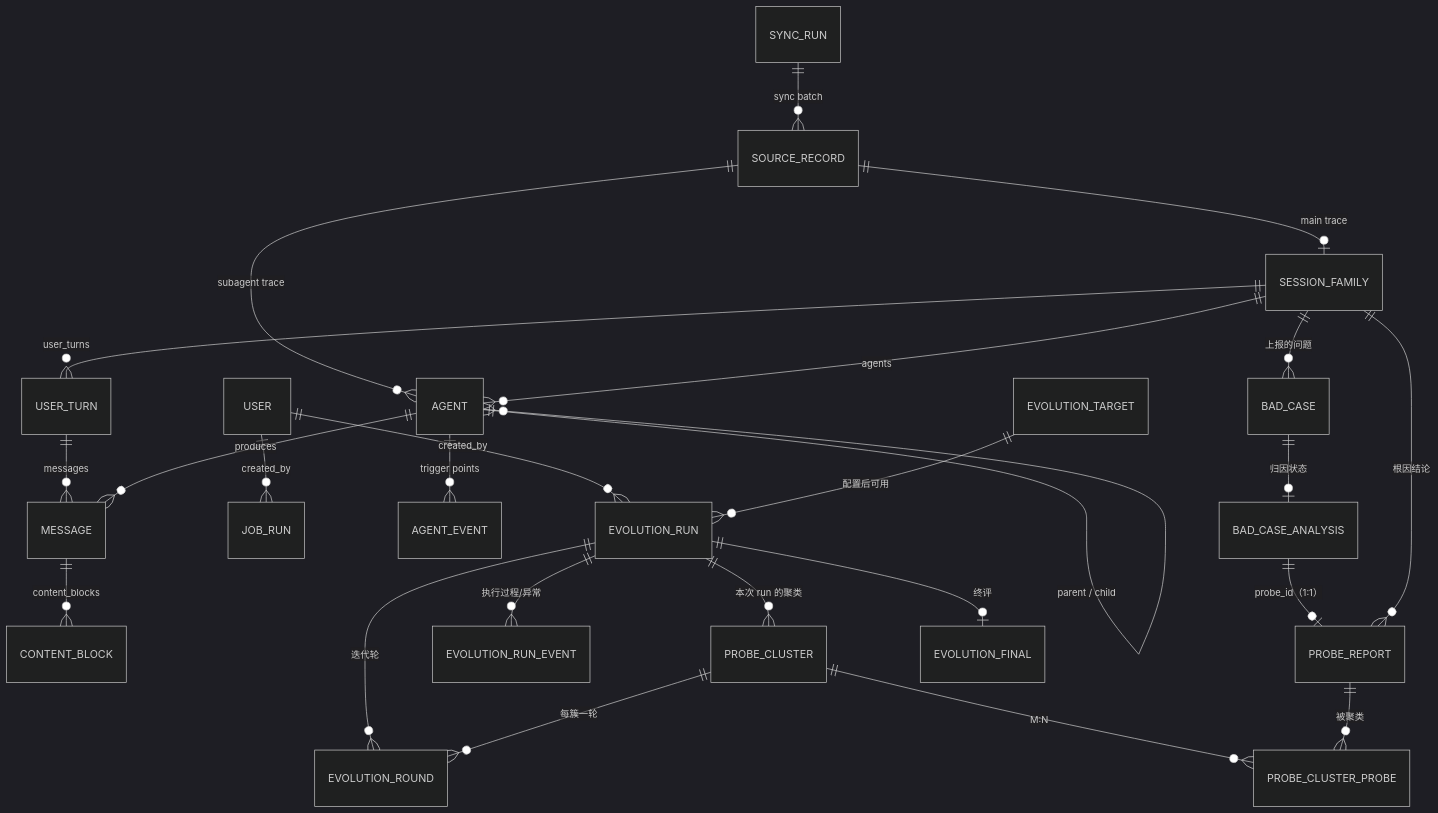
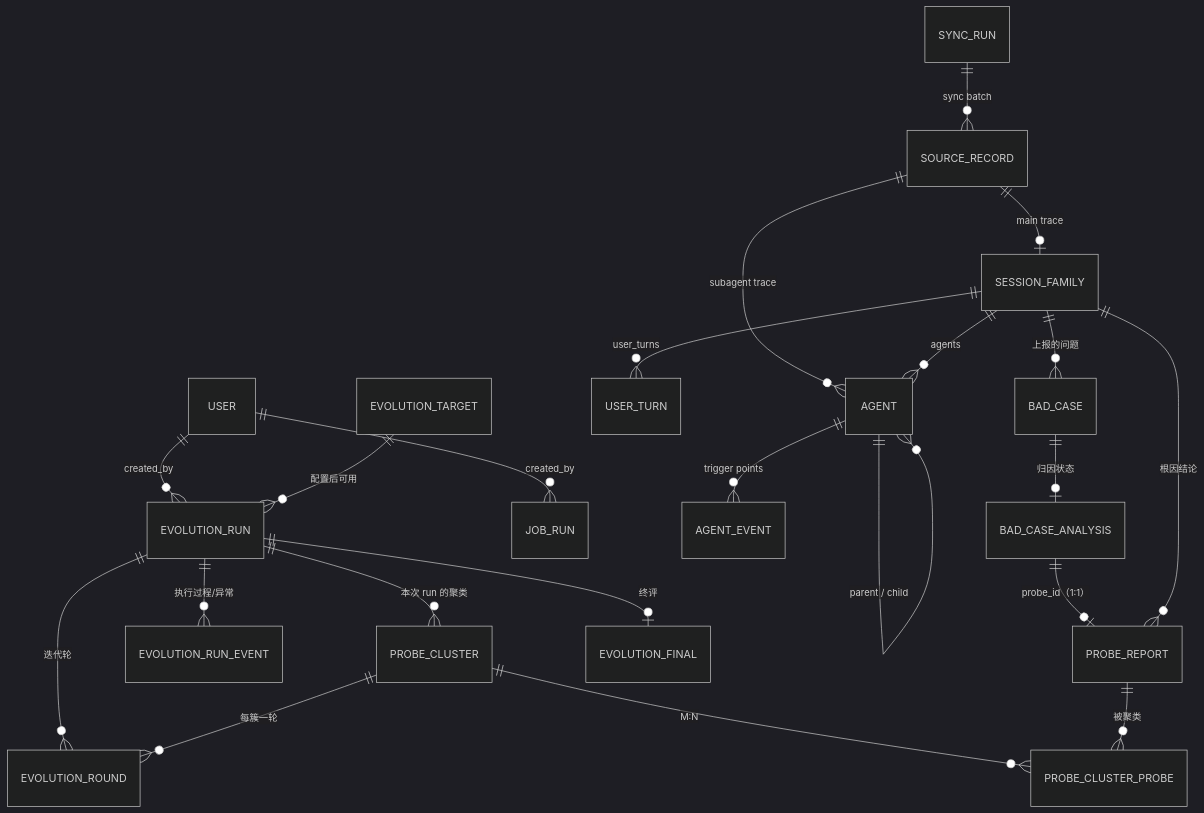
One commit to Shadow-Azure/harness-evolution changed the diagram in plans/fullstack-design/05-api-design.md. Above: the diagram before and after it, drawn with Mermaid (dark theme). The commit also changed other lines of this file and 10 other files, not shown here.

````diff
--- a/plans/fullstack-design/05-api-design.md
+++ b/plans/fullstack-design/05-api-design.md
@@ -33,29 +33,26 @@
 ```mermaid
 erDiagram
     USER ||--o{ EVOLUTION_RUN : "created_by"
     USER ||--o{ JOB_RUN : "created_by"
     SYNC_RUN ||--o{ SOURCE_RECORD : "sync batch"
     SOURCE_RECORD ||--o| SESSION_FAMILY : "main trace"
     SOURCE_RECORD ||--o{ AGENT : "subagent trace"
     SESSION_FAMILY ||--o{ AGENT : "agents"
     AGENT ||--o{ AGENT : "parent / child"
     AGENT ||--o{ AGENT_EVENT : "trigger points"
     SESSION_FAMILY ||--o{ USER_TURN : "user_turns"
-    USER_TURN ||--o{ MESSAGE : "messages"
-    AGENT ||--o{ MESSAGE : "produces"
-    MESSAGE ||--o{ CONTENT_BLOCK : "content_blocks"
 
     SESSION_FAMILY ||--o{ BAD_CASE : "上报的问题"
     BAD_CASE ||--o| BAD_CASE_ANALYSIS : "归因状态"
     BAD_CASE_ANALYSIS ||--o| PROBE_REPORT : "probe_id（1:1）"
     SESSION_FAMILY ||--o{ PROBE_REPORT : "根因结论"
 
     EVOLUTION_TARGET ||--o{ EVOLUTION_RUN : "配置后可用"
     EVOLUTION_RUN ||--o{ EVOLUTION_RUN_EVENT : "执行过程/异常"
     EVOLUTION_RUN ||--o{ PROBE_CLUSTER : "本次 run 的聚类"
     PROBE_CLUSTER ||--o{ PROBE_CLUSTER_PROBE : "M:N"
     PROBE_REPORT ||--o{ PROBE_CLUSTER_PROBE : "被聚类"
     EVOLUTION_RUN ||--o{ EVOLUTION_ROUND : "迭代轮"
     PROBE_CLUSTER ||--o{ EVOLUTION_ROUND : "每簇一轮"
     EVOLUTION_RUN ||--o| EVOLUTION_FINAL : "终评"
 ```
````
